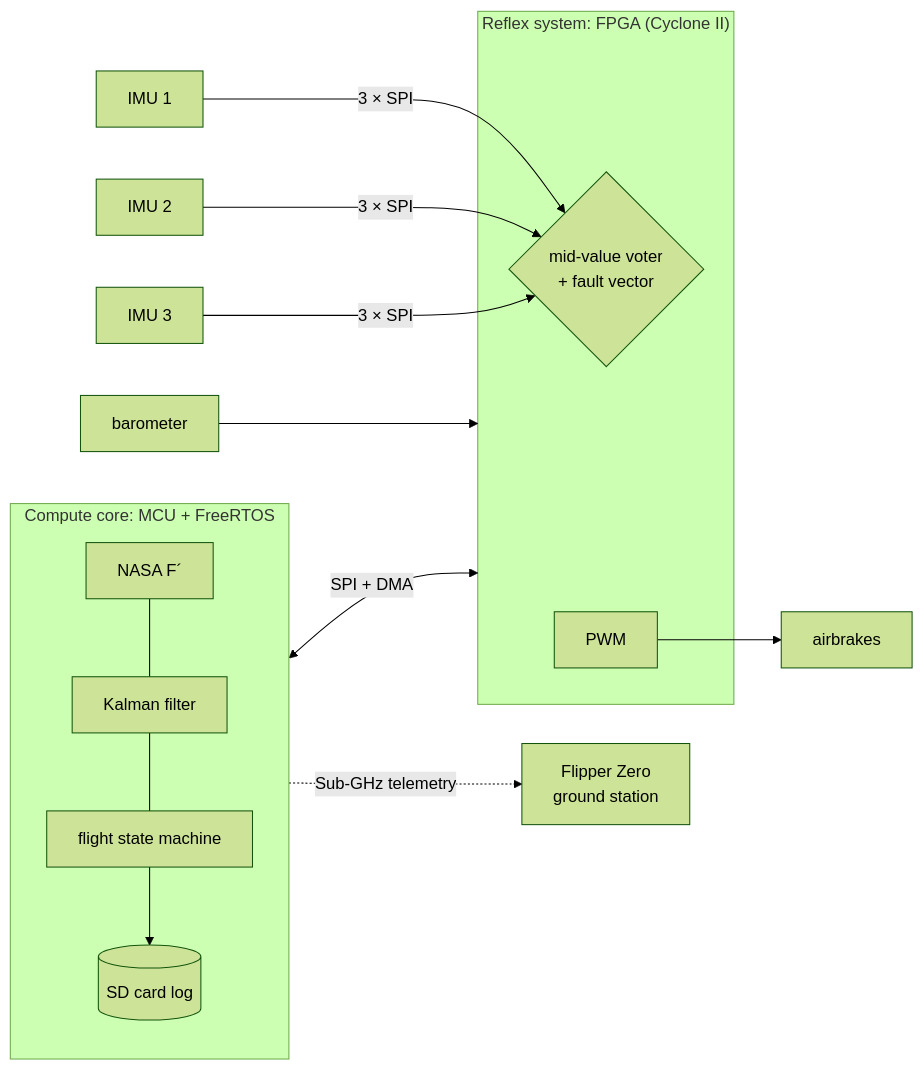
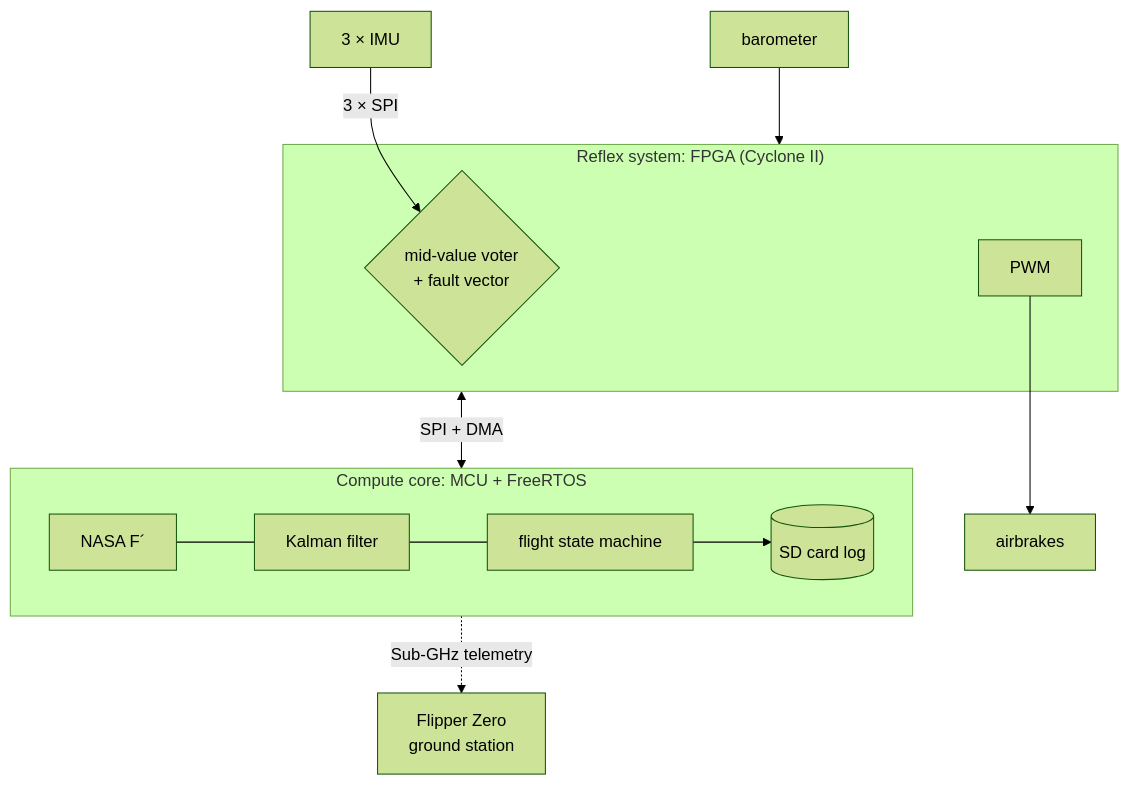
One commit to spaceadler/EAGLE changed the first of 3 diagrams in README.md. Above: the diagram before and after it, drawn with Mermaid (forest theme). The commit also changed other lines of this file, not shown here.

Commit message:
README: system and roadmap diagrams top to bottom

````diff
--- a/README.md
+++ b/README.md
@@ -15,17 +15,16 @@
 ```mermaid
-flowchart LR
-    subgraph brain["Compute core: MCU + FreeRTOS"]
-        fp["NASA F´"] --- kf["Kalman filter"] --- sm["flight state machine"]
-        sd[("SD card log")]
-        sm --> sd
-    end
+flowchart TB
+    imu["3 × IMU"] -->|"3 × SPI"| tmr
+    baro["barometer"] --> reflex
     subgraph reflex["Reflex system: FPGA (Cyclone II)"]
         tmr{"mid-value voter<br/>+ fault vector"}
         pwm["PWM"]
     end
-    imu1[IMU 1] & imu2[IMU 2] & imu3[IMU 3] -->|"3 × SPI"| tmr
-    baro[barometer] --> reflex
-    brain <-->|"SPI + DMA"| reflex
+    subgraph brain["Compute core: MCU + FreeRTOS"]
+        fp["NASA F´"] --- kf["Kalman filter"] --- sm["flight state machine"]
+        sm --> sd[("SD card log")]
+    end
+    reflex <-->|"SPI + DMA"| brain
     pwm --> brakes["airbrakes"]
     brain -.->|"Sub-GHz telemetry"| gs["Flipper Zero<br/>ground station"]
 ```
````
